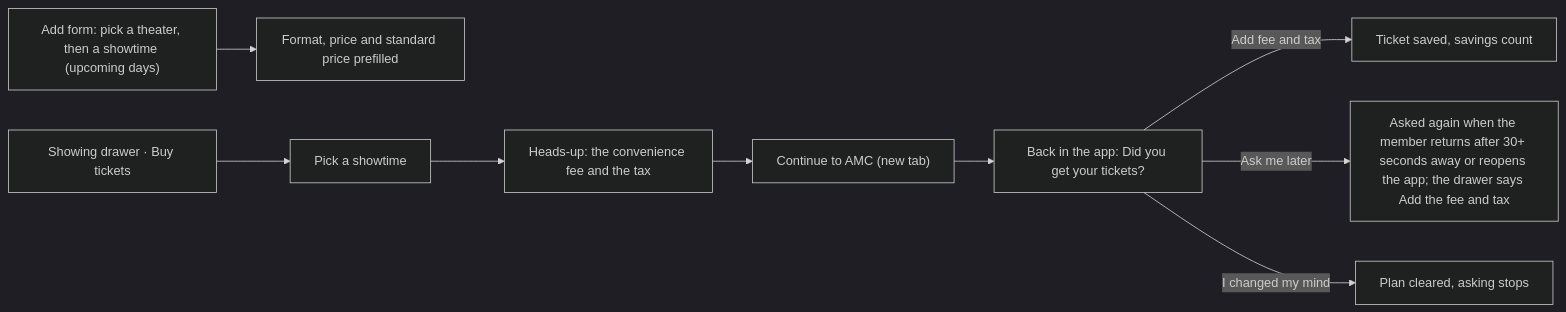
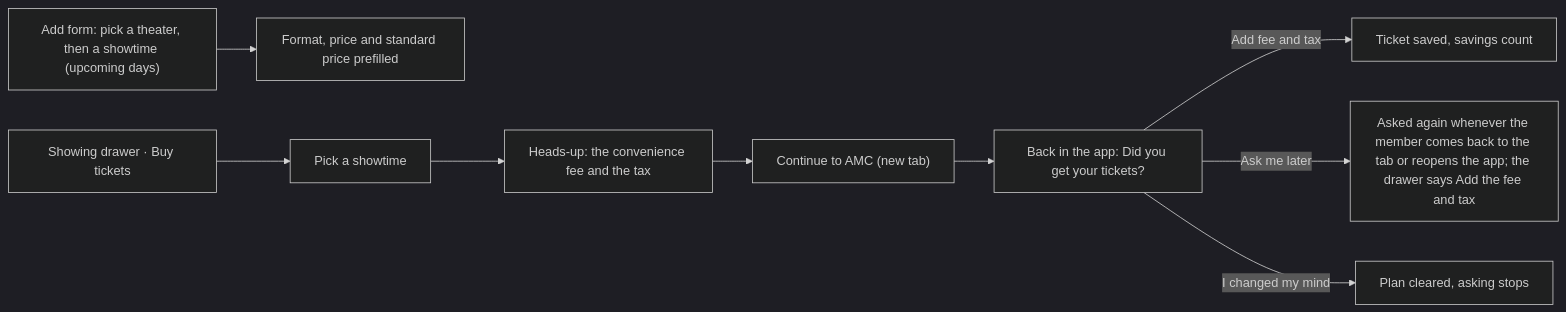
Diagram 25 of 26 in src/apps/a-list/UX.md (NovaMoonX/moondreams-dev-apps), drawn with Mermaid (dark theme) before and after one commit. The commit also changed 4 other files, not shown here.

Commit message:
Ask me later comes back whenever the member returns to the tab, through a shared useOnTabReturn hook

````diff
--- a/src/apps/a-list/UX.md
+++ b/src/apps/a-list/UX.md
@@ -688,9 +688,9 @@
 ```mermaid
 flowchart LR
     A["Add form: pick a theater, then a showtime (upcoming days)"] --> B["Format, price and standard price prefilled"]
     C["Showing drawer · Buy tickets"] --> D["Pick a showtime"] --> E["Heads-up: the convenience fee and the tax"] --> F["Continue to AMC (new tab)"]
     F --> G["Back in the app: Did you get your tickets?"]
     G -->|"Add fee and tax"| H["Ticket saved, savings count"]
-    G -->|Ask me later| I["Asked again when the member returns after 30+ seconds away or reopens the app; the drawer says Add the fee and tax"]
+    G -->|Ask me later| I["Asked again whenever the member comes back to the tab or reopens the app; the drawer says Add the fee and tax"]
     G -->|"I changed my mind"| J["Plan cleared, asking stops"]
 ```
````
